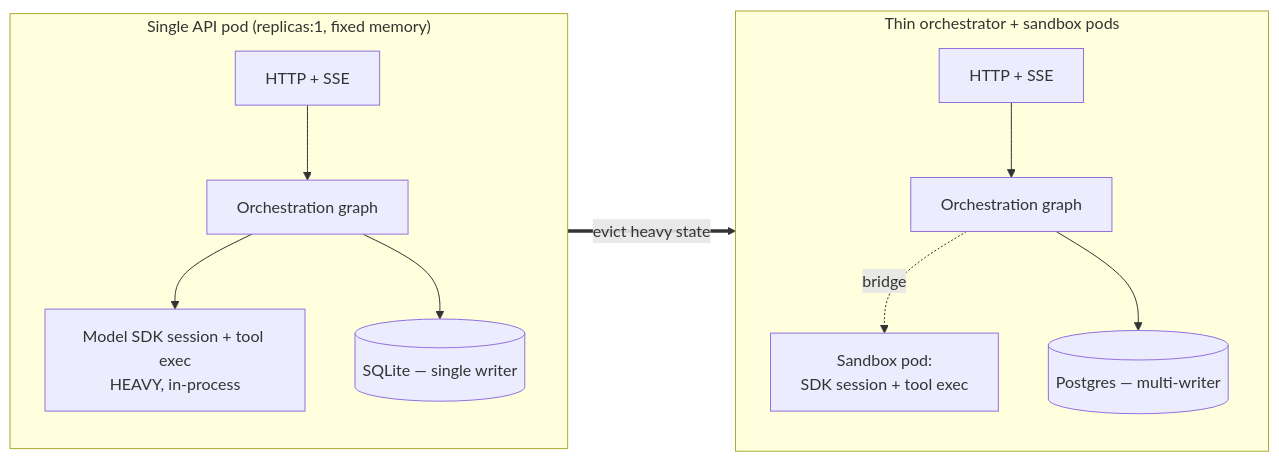
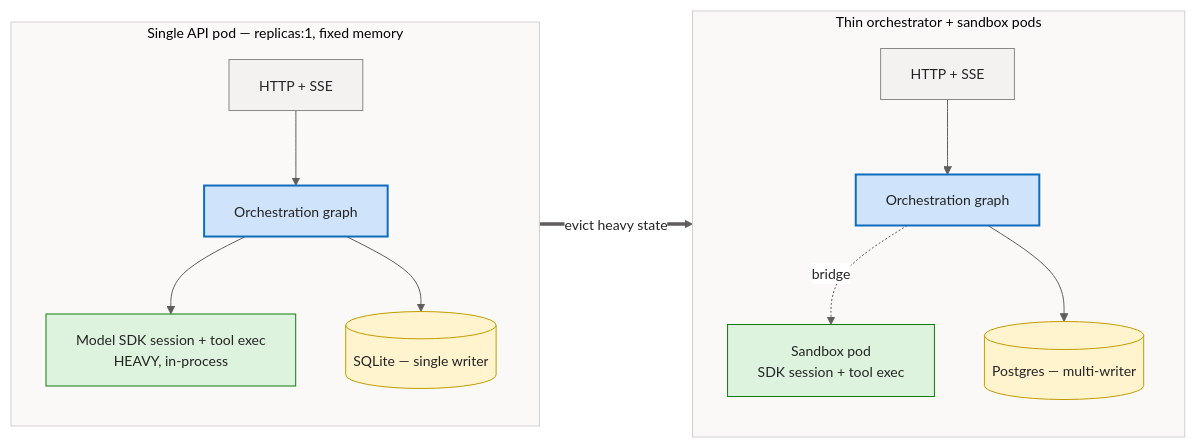
One commit to sabbour/agentweaver changed the first of 5 diagrams in docs/deep-dive/distributed-execution-scaling.md. Above: the diagram before and after it, drawn with Mermaid. The commit also changed other lines of this file and 13 other files, not shown here.

````diff
--- a/docs/deep-dive/distributed-execution-scaling.md
+++ b/docs/deep-dive/distributed-execution-scaling.md
@@ -33,14 +33,31 @@
 ```mermaid
+%%{init: {'theme':'base','themeVariables':{'fontFamily':'Segoe UI, system-ui, -apple-system, sans-serif','fontSize':'14px','primaryColor':'#E8EEF9','primaryBorderColor':'#0F6CBD','primaryTextColor':'#242424','lineColor':'#605E5C','clusterBkg':'#FAF9F8','clusterBorder':'#D2D0CE','edgeLabelBackground':'#FFFFFF'}}}%%
 flowchart LR
-    subgraph Before["Single API pod (replicas:1, fixed memory)"]
-        H1[HTTP + SSE] --> G1[Orchestration graph]
-        G1 --> S1[Model SDK session + tool exec<br/>HEAVY, in-process]
-        G1 --> D1[(SQLite — single writer)]
+    subgraph Before["Single API pod — replicas:1, fixed memory"]
+        H1["HTTP + SSE"] --> G1["Orchestration graph"]
+        G1 --> S1["Model SDK session + tool exec<br/>HEAVY, in-process"]
+        G1 --> D1[("SQLite — single writer")]
     end
     subgraph After["Thin orchestrator + sandbox pods"]
-        H2[HTTP + SSE] --> G2[Orchestration graph]
-        G2 -. bridge .-> P2[Sandbox pod:<br/>SDK session + tool exec]
-        G2 --> D2[(Postgres — multi-writer)]
+        H2["HTTP + SSE"] --> G2["Orchestration graph"]
+        G2 -. bridge .-> P2["Sandbox pod<br/>SDK session + tool exec"]
+        G2 --> D2[("Postgres — multi-writer")]
     end
     Before ==>|"evict heavy state"| After
+
+    classDef client fill:#E8EEF9,stroke:#0F6CBD,stroke-width:1px,color:#242424;
+    classDef svc fill:#F3F2F1,stroke:#8A8886,stroke-width:1px,color:#242424;
+    classDef core fill:#CFE4FA,stroke:#0F6CBD,stroke-width:2px,color:#242424;
+    classDef data fill:#FFF4CE,stroke:#C19C00,stroke-width:1px,color:#242424;
+    classDef ext fill:#F0E8F8,stroke:#8764B8,stroke-width:1px,color:#242424;
+    classDef runtime fill:#DDF3DD,stroke:#107C10,stroke-width:1px,color:#242424;
+    classDef evt fill:#D6F0F0,stroke:#038387,stroke-width:1px,color:#242424;
+    class H1 svc;
+    class G1 core;
+    class S1 runtime;
+    class D1 data;
+    class H2 svc;
+    class G2 core;
+    class P2 runtime;
+    class D2 data;
 ```
````
